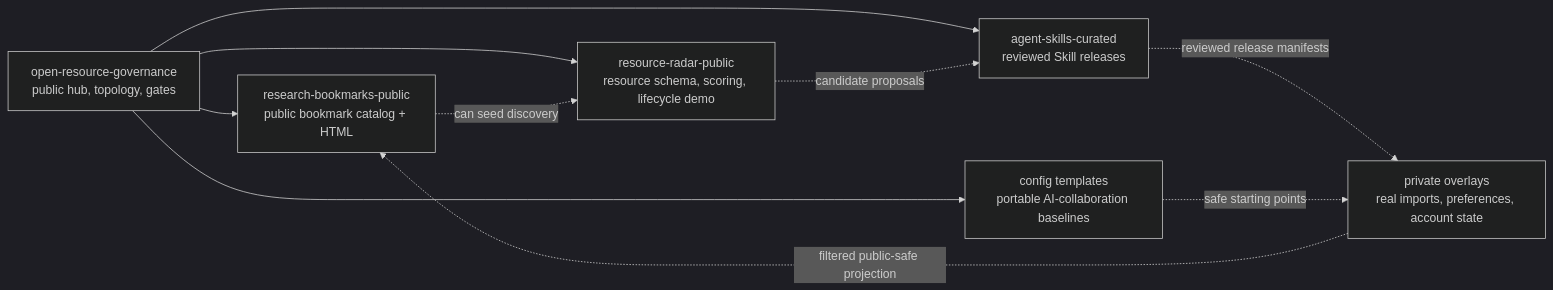
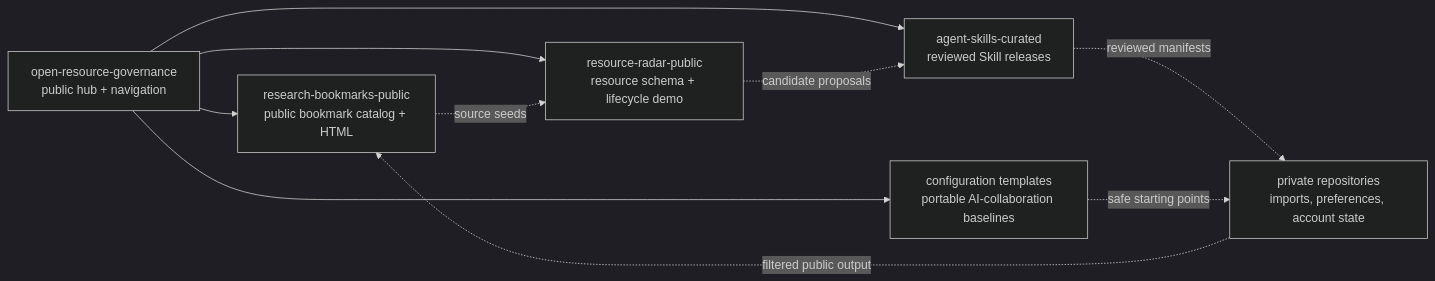
The diagram in README.md (yiheng8023/open-resource-governance), drawn with Mermaid (dark theme) before and after one commit. The commit also changed other lines of this file and 2 other files, not shown here.

Commit message:
Refine public README navigation

````diff
--- a/README.md
+++ b/README.md
@@ -49,19 +84,19 @@
 ```mermaid
 flowchart LR
-  hub["open-resource-governance<br/>public hub, topology, gates"]
+  hub["open-resource-governance<br/>public hub + navigation"]
   bookmarks["research-bookmarks-public<br/>public bookmark catalog + HTML"]
-  radar["resource-radar-public<br/>resource schema, scoring, lifecycle demo"]
-  templates["config templates<br/>portable AI-collaboration baselines"]
-  private["private overlays<br/>real imports, preferences, account state"]
+  radar["resource-radar-public<br/>resource schema + lifecycle demo"]
+  templates["configuration templates<br/>portable AI-collaboration baselines"]
+  private["private repositories<br/>imports, preferences, account state"]
   skills["agent-skills-curated<br/>reviewed Skill releases"]
 
   hub --> bookmarks
   hub --> radar
   hub --> templates
   hub --> skills
-  private -. "filtered public-safe projection" .-> bookmarks
-  bookmarks -. "can seed discovery" .-> radar
+  private -. "filtered public output" .-> bookmarks
+  bookmarks -. "source seeds" .-> radar
   radar -. "candidate proposals" .-> skills
-  skills -. "reviewed release manifests" .-> private
+  skills -. "reviewed manifests" .-> private
   templates -. "safe starting points" .-> private
 ```
````
